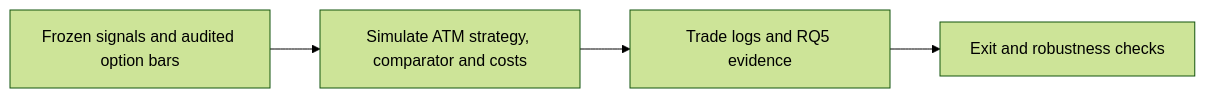
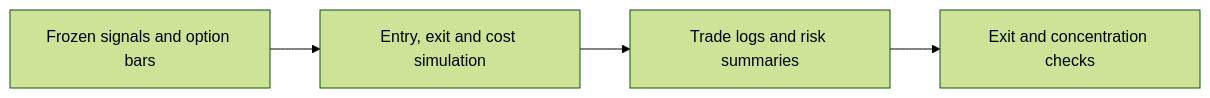
Before and after one commit to Ferreter/Dissertation: the diagram in docs/notebooks/15_rq5_options_backtest.md, drawn with Mermaid (forest theme). The commit also changed other lines of this file and 27 other files, not shown here.

````diff
--- a/docs/notebooks/15_rq5_options_backtest.md
+++ b/docs/notebooks/15_rq5_options_backtest.md
@@ -12,6 +13,6 @@
 ```mermaid
 flowchart LR
-    A["Frozen signals and audited option bars"] --> B["Simulate ATM strategy, comparator and costs"]
-    B --> C["Trade logs and RQ5 evidence"]
-    C --> D["Exit and robustness checks"]
+    A["Frozen signals and option bars"] --> B["Entry, exit and cost simulation"]
+    B --> C["Trade logs and risk summaries"]
+    C --> D["Exit and concentration checks"]
 ```
````
